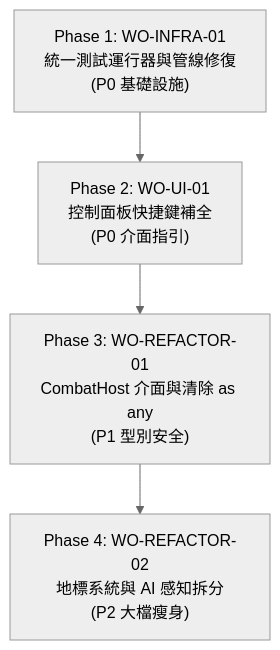
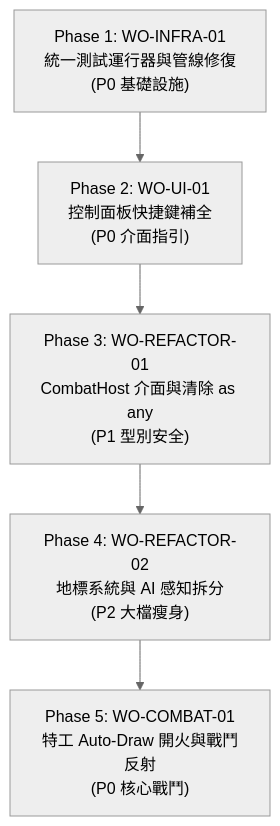
Before and after one commit to tzuchen/metropolis-2400: the diagram in docs/WORK_ORDERS_INDEX.md, drawn with Mermaid (neutral theme). The commit also changed other lines of this file and 5 other files, not shown here.

First line of the commit message:
feat(combat): implement Auto-Draw on Fire and combat reflexes (WO-COMBAT-01)

````diff
--- a/docs/WORK_ORDERS_INDEX.md
+++ b/docs/WORK_ORDERS_INDEX.md
@@ -33,6 +34,7 @@
 ```mermaid
 flowchart TD
     W1["Phase 1: WO-INFRA-01<br>統一測試運行器與管線修復<br>(P0 基礎設施)"] --> W2["Phase 2: WO-UI-01<br>控制面板快捷鍵補全<br>(P0 介面指引)"]
     W2 --> W3["Phase 3: WO-REFACTOR-01<br>CombatHost 介面與清除 as any<br>(P1 型別安全)"]
     W3 --> W4["Phase 4: WO-REFACTOR-02<br>地標系統與 AI 感知拆分<br>(P2 大檔瘦身)"]
+    W4 --> W5["Phase 5: WO-COMBAT-01<br>特工 Auto-Draw 開火與戰鬥反射<br>(P0 核心戰鬥)"]
 ```
````
